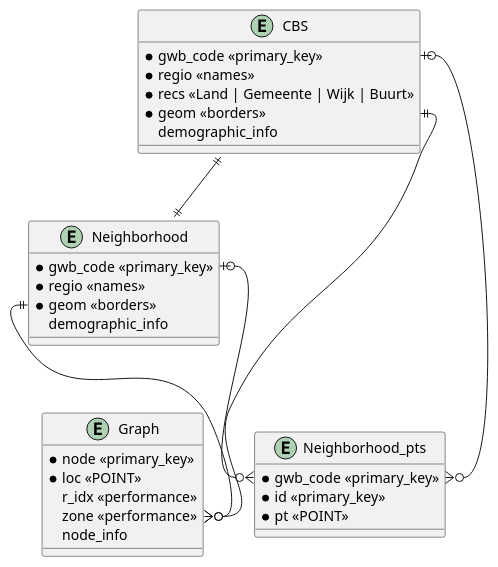
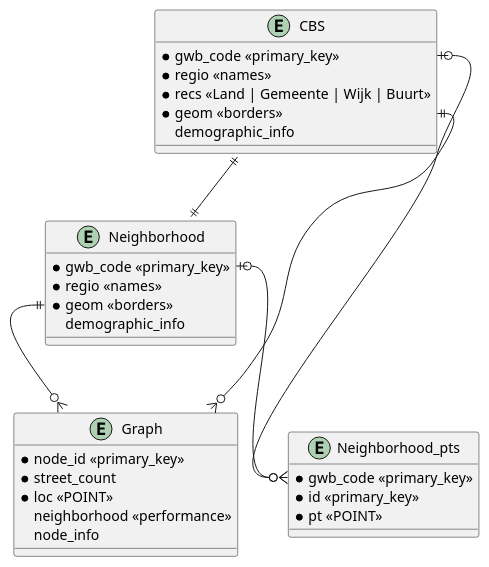
One commit to Tobias0107/STDAP changed the diagram in Project-Overview/Design/Outer_design/database.plantuml. Above: the diagram before and after it, drawn with PlantUML. The commit also changed 1 other file, not shown here.

```diff
--- a/Project-Overview/Design/Outer_design/database.plantuml
+++ b/Project-Overview/Design/Outer_design/database.plantuml
@@ -1,60 +1,61 @@
 @startuml class UML
 
 ''''''''''''''''''''''''''''''''''''''
 '''''' Defining all classes ''''''''''
 ''''''''''''''''''''''''''''''''''''''
 
 ' On initialization
 entity CBS {
     *gwb_code <<primary_key>>
     *regio <<names>>
     *recs <<Land | Gemeente | Wijk | Buurt>>
     *geom <<borders>>
     demographic_info
 }
 
 ' For data-analysis on the nodes of a large OSMnx graph
 entity Graph {
-    *node <<primary_key>>
+    *node_id <<primary_key>>
+    *street_count
     *loc <<POINT>>
-    r_idx <<performance>>
-    zone <<performance>>
+    neighborhood <<performance>>
     node_info
 }
+
 
 ' The 5 points representing a neighborhood. Every point is a single column to
 ' allow customizable number of points per neighborhood. 
 entity Neighborhood_pts {
     *gwb_code <<primary_key>>
     *id <<primary_key>>
     *pt <<POINT>>
 }
 
 ' Cleaned version of CBS after pre-processing.
 ' Contains only needed columns with some (partially) processed data.
 ' Only rec='Buurt'
 ' Population density
 ' Amenity density
 ' Only essential demographic_info
 entity Neighborhood {
     *gwb_code <<primary_key>>
     *regio <<names>>
     *geom <<borders>>
     demographic_info
 }
 
 
 ''''''''''''''''''''''''''''''''''''''
 '''''' Defining relations ''''''''''''
 ''''''''''''''''''''''''''''''''''''''
 
 CBS ||--|| Neighborhood
 CBS::gwb_code |o--o{  Neighborhood_pts::gwb_code
 Neighborhood::gwb_code |o--o{  Neighborhood_pts::gwb_code
 
 CBS::geom ||--o{ Graph::zone
 Neighborhood::geom ||--o{ Graph::zone
 
 
 
 @enduml
```
